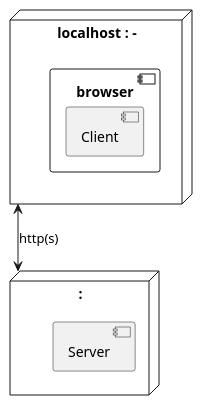
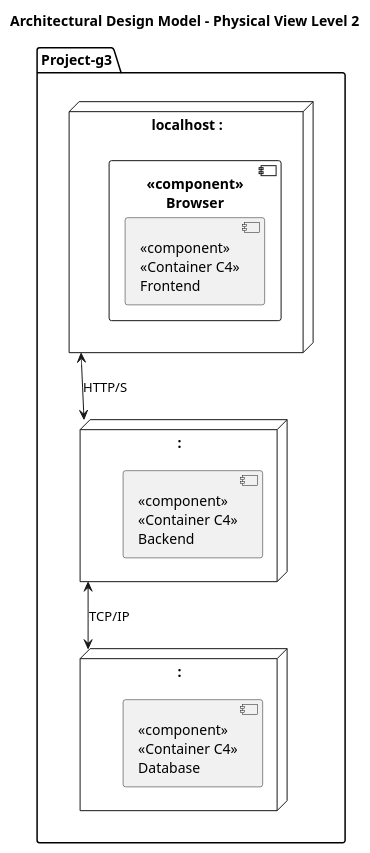
One commit to ivo-menezes/project_g3 changed the diagram in docs/modelling_design/system_architecture/PhysicalView_Level2.puml. Above: the diagram before and after it, drawn with PlantUML. The commit also changed 6 other files, not shown here.

Commit message:
T731: Design: update architectural design diagrams (addresses #186)

```diff
--- a/docs/modelling_design/system_architecture/PhysicalView_Level2.puml
+++ b/docs/modelling_design/system_architecture/PhysicalView_Level2.puml
@@ -1,25 +1,34 @@
 @startuml
-'https://plantuml.com/deployment-diagram
 
-node "localhost : -" as pc
-node " : " as server
+title Architectural Design Model - Physical View Level 2
 
-node pc {
+folder "Project-g3" {
 
-    component browser {
+    node "localhost :" as localhost {
 
-        [Client]
+        component "<<component>>\nBrowser" {
+
+            ["<<component>>\n<<Container C4>>\nFrontend"]
+
+        }
 
     }
 
-}
+    node " : " as server {
 
-node server {
+        ["<<component>>\n<<Container C4>>\nBackend"]
 
-    [Server]
+    }
+
+    localhost <--> server : HTTP/S
+
+    node " : " as dbserver {
+
+        ["<<component>>\n<<Container C4>>\nDatabase"]
+    }
+
+    server <--> dbserver : TCP/IP
 
 }
 
-pc <--> server : http(s)
-
 @enduml
```
